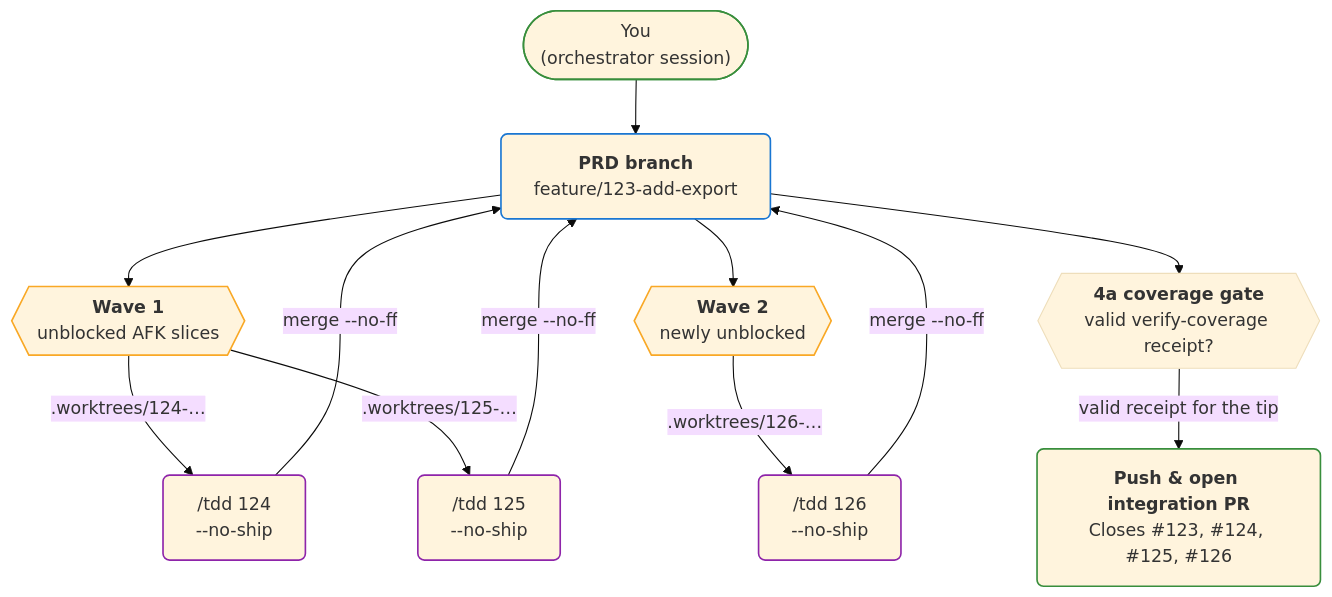
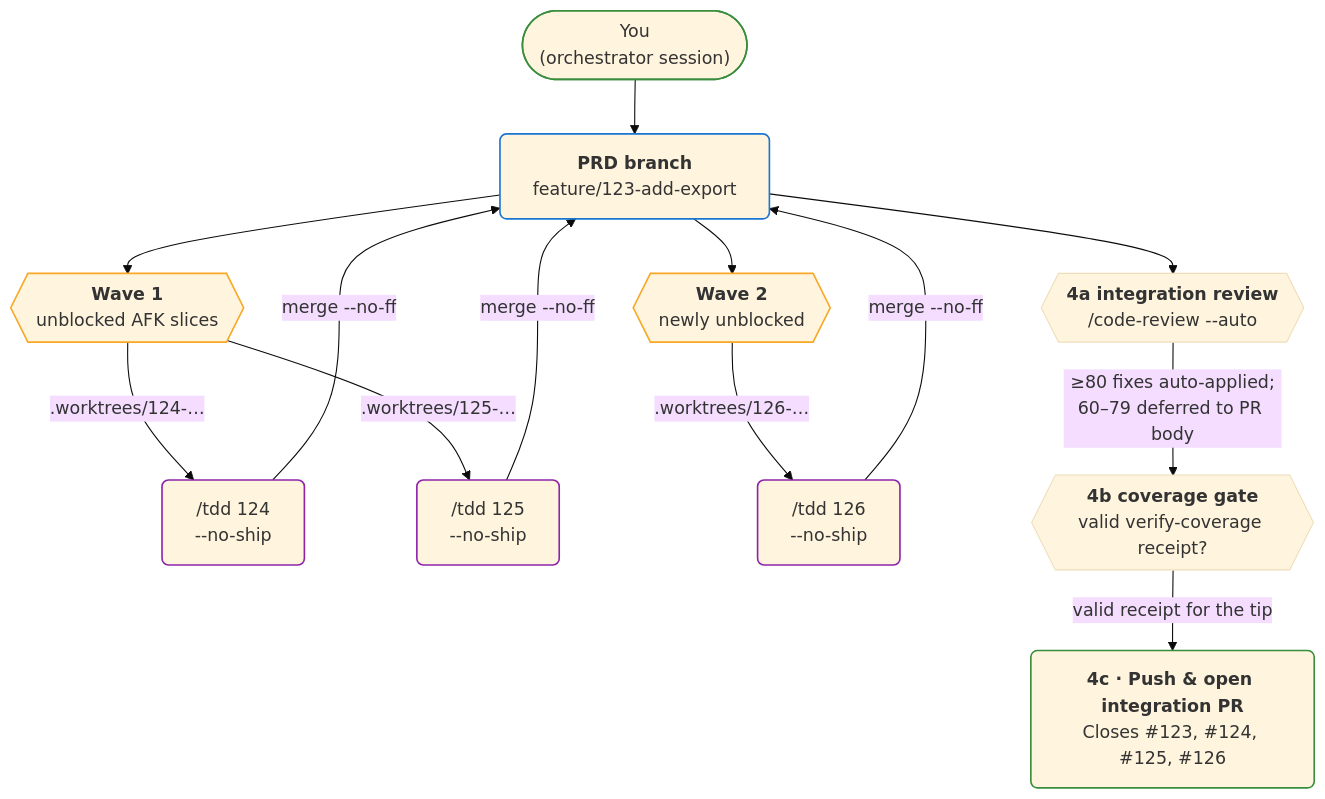
Before and after one commit to ZunoSmartLabs/zsl-superpowers: the first of 2 diagrams in docs/tdd-parallel.md, drawn with Mermaid (base theme). The commit also changed other lines of this file and 21 other files, not shown here.

````diff
--- a/docs/tdd-parallel.md
+++ b/docs/tdd-parallel.md
@@ -21,32 +21,34 @@
 ```mermaid
 flowchart TB
     user(["`You
     (orchestrator session)`"]) --> prd
     prd["`**PRD branch**
     feature/123-add-export`"] --> w1
     w1{{"`**Wave 1**
     unblocked AFK slices`"}} -->|".worktrees/124-…"| s1["`/tdd 124
     --no-ship`"]
     w1 -->|".worktrees/125-…"| s2["`/tdd 125
     --no-ship`"]
     s1 -->|"merge --no-ff"| prd
     s2 -->|"merge --no-ff"| prd
     prd --> w2{{"`**Wave 2**
     newly unblocked`"}}
     w2 -->|".worktrees/126-…"| s3["`/tdd 126
     --no-ship`"]
     s3 -->|"merge --no-ff"| prd
-    prd --> gate{{"`**4a coverage gate**
+    prd --> review{{"`**4a integration review**
+    /code-review --auto`"}}
+    review -->|"≥80 fixes auto-applied;<br/>60–79 deferred to PR body"| gate{{"`**4b coverage gate**
     valid verify-coverage receipt?`"}}
-    gate -->|"valid receipt for the tip"| done["`**Push & open integration PR**
+    gate -->|"valid receipt for the tip"| done["`**4c · Push & open integration PR**
     Closes #123, #124, #125, #126`"]
 
     classDef branch stroke:#1976d2,stroke-width:1.5px,rx:6,ry:6;
     classDef wave stroke:#f9a825,stroke-width:1.5px;
     classDef agent stroke:#8e24aa,stroke-width:1.5px,rx:6,ry:6;
     classDef terminal stroke:#388e3c,stroke-width:1.5px,rx:6,ry:6;
     class prd branch;
     class w1,w2 wave;
     class s1,s2,s3 agent;
     class done,user terminal;
 ```
````
